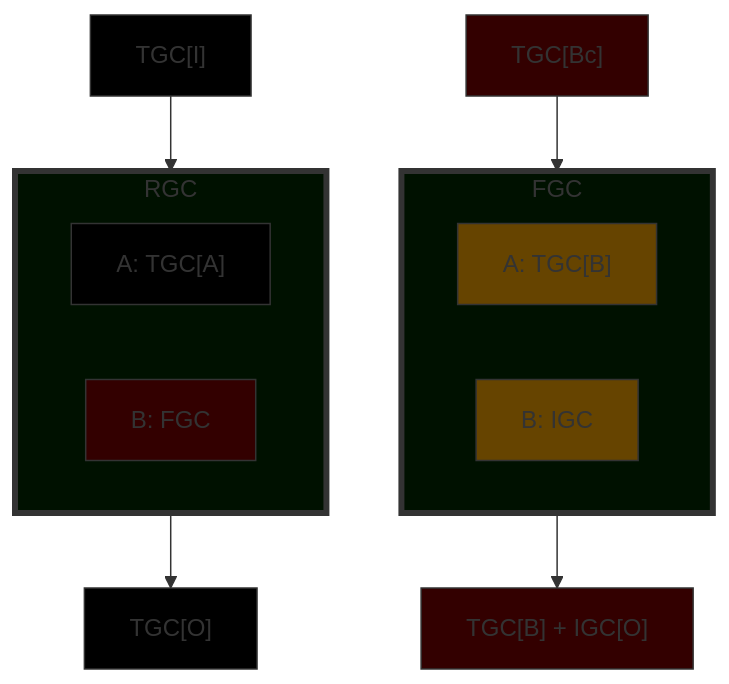
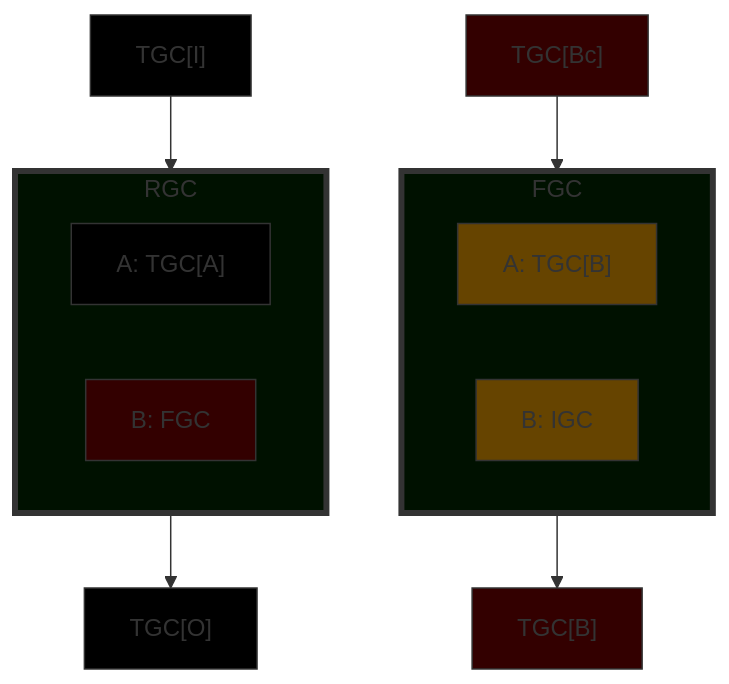
The sixth of 6 diagrams in egppy/egppy/physics/docs/insertion.md (Shapedsundew9/erasmus-gp), drawn with Mermaid before and after one commit. The commit also changed other lines of this file and 6 other files, not shown here.

````diff
--- a/egppy/egppy/physics/docs/insertion.md
+++ b/egppy/egppy/physics/docs/insertion.md
@@ -223,37 +221,37 @@
 ```mermaid
 %% Insertion Case 5
 flowchart TB
     I1["TGC[I]"]
     subgraph RGC
         direction RL
         GCA1["A: TGC[A]"]
         GCB1["B: FGC"]
     end
     O1["TGC[O]"]
     I1 --> RGC --> O1
 
     I2["TGC[Bc]"]
     subgraph FGC
         direction RL
         GCA2["A: TGC[B]"]
         GCB2["B: IGC"]
     end
-    O2["TGC[B] + IGC[O]"]
+    O2["TGC[B]"]
     I2 --> FGC --> O2
 
 classDef newGC fill:#010,stroke:#333,stroke-width:4px
 classDef newRow fill:#300,stroke:#333,stroke-width:1px
 classDef modified fill:#640,stroke:#333,stroke-width:1px
 classDef unchanged fill:#000,stroke:#333,stroke-width:1px
 
 class RGC newGC
 class GCA1 unchanged
 class GCB1 newRow
 class FGC newGC
 class GCA2 modified
 class GCB2 modified
 class I1 unchanged
 class I2 newRow
 class O1 unchanged
 class O2 newRow
 ```
````
